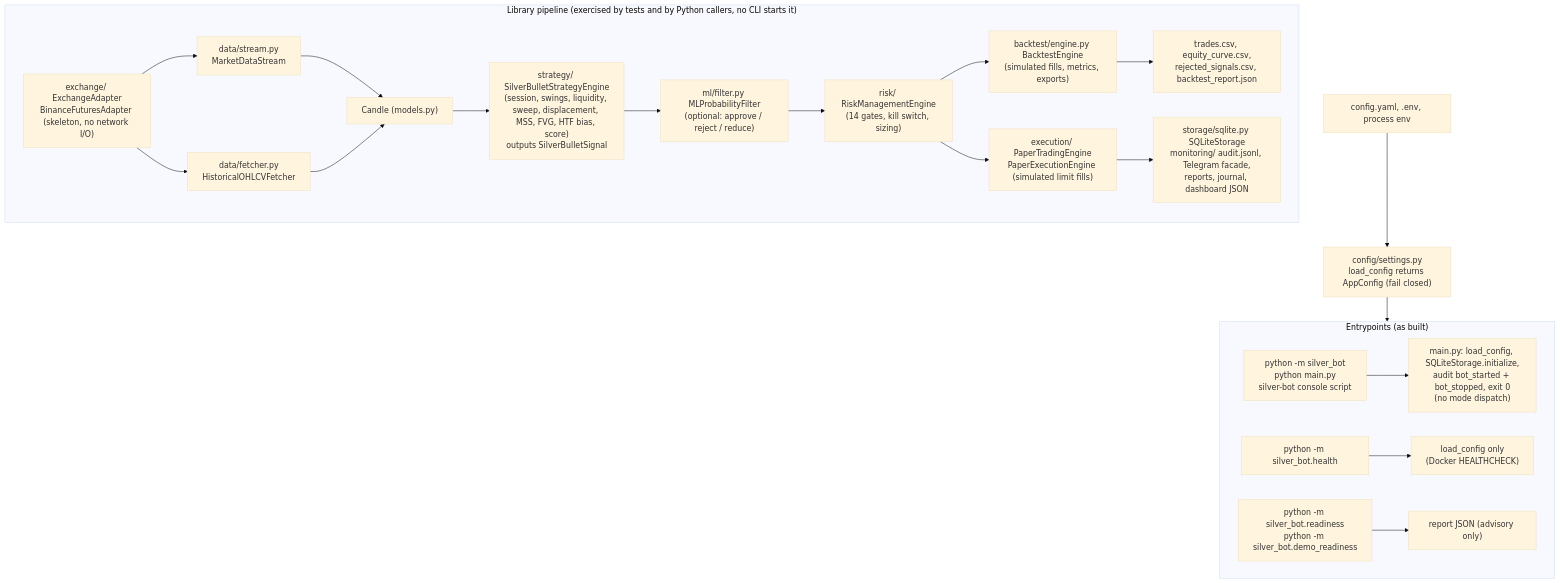
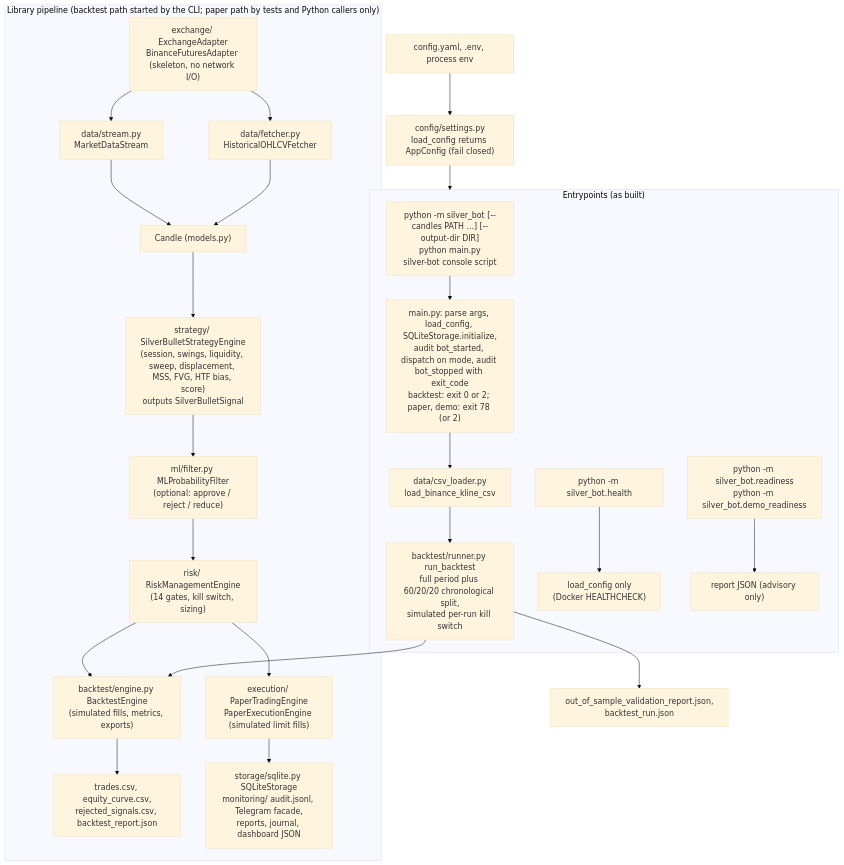
The first of 5 diagrams in docs/sdd-silverbot.md (ceezey/SILVR), drawn with Mermaid (base theme) before and after one commit. The commit also changed other lines of this file and 26 other files, not shown here.

````diff
--- a/docs/sdd-silverbot.md
+++ b/docs/sdd-silverbot.md
@@ -35,36 +35,40 @@
 ```mermaid
 flowchart TD
     SRC["config.yaml, .env, process env"] --> CFG["config/settings.py<br/>load_config returns AppConfig (fail closed)"]
 
     subgraph EP["Entrypoints (as built)"]
-        E1["python -m silver_bot<br/>python main.py<br/>silver-bot console script"] --> M1["main.py: load_config, SQLiteStorage.initialize,<br/>audit bot_started + bot_stopped, exit 0<br/>(no mode dispatch)"]
+        E1["python -m silver_bot [--candles PATH ...] [--output-dir DIR]<br/>python main.py<br/>silver-bot console script"] --> M1["main.py: parse args, load_config, SQLiteStorage.initialize,<br/>audit bot_started, dispatch on mode, audit bot_stopped with exit_code<br/>backtest: exit 0 or 2; paper, demo: exit 78 (or 2)"]
+        M1 --> CSV["data/csv_loader.py<br/>load_binance_kline_csv"]
+        CSV --> RUN["backtest/runner.py run_backtest<br/>full period plus 60/20/20 chronological split,<br/>simulated per-run kill switch"]
         E2["python -m silver_bot.health"] --> M2["load_config only<br/>(Docker HEALTHCHECK)"]
         E3["python -m silver_bot.readiness<br/>python -m silver_bot.demo_readiness"] --> M3["report JSON (advisory only)"]
     end
     CFG --> EP
 
-    subgraph LP["Library pipeline (exercised by tests and by Python callers, no CLI starts it)"]
+    subgraph LP["Library pipeline (backtest path started by the CLI; paper path by tests and Python callers only)"]
         ADP["exchange/ ExchangeAdapter<br/>BinanceFuturesAdapter (skeleton, no network I/O)"]
         STR["data/stream.py<br/>MarketDataStream"]
         FET["data/fetcher.py<br/>HistoricalOHLCVFetcher"]
         CAN["Candle (models.py)"]
         SBE["strategy/ SilverBulletStrategyEngine<br/>(session, swings, liquidity, sweep, displacement, MSS, FVG, HTF bias, score)<br/>outputs SilverBulletSignal"]
         MLF["ml/filter.py MLProbabilityFilter<br/>(optional: approve / reject / reduce)"]
         RSK["risk/ RiskManagementEngine<br/>(14 gates, kill switch, sizing)"]
         BT["backtest/engine.py BacktestEngine<br/>(simulated fills, metrics, exports)"]
         PT["execution/ PaperTradingEngine<br/>PaperExecutionEngine (simulated limit fills)"]
         OUT1["trades.csv, equity_curve.csv,<br/>rejected_signals.csv, backtest_report.json"]
         OUT2["storage/sqlite.py SQLiteStorage<br/>monitoring/ audit.jsonl, Telegram facade,<br/>reports, journal, dashboard JSON"]
         ADP --> STR
         ADP --> FET
         STR --> CAN
         FET --> CAN
         CAN --> SBE
         SBE --> MLF
         MLF --> RSK
         RSK --> BT
         RSK --> PT
         BT --> OUT1
         PT --> OUT2
     end
+    RUN --> BT
+    RUN --> OUT3["out_of_sample_validation_report.json,<br/>backtest_run.json"]
 ```
````
